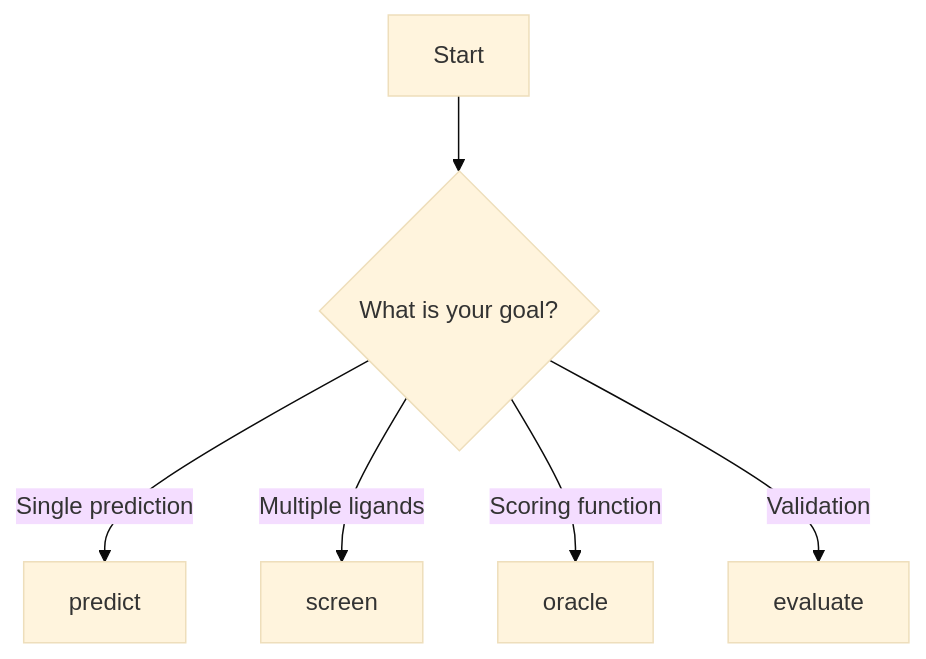
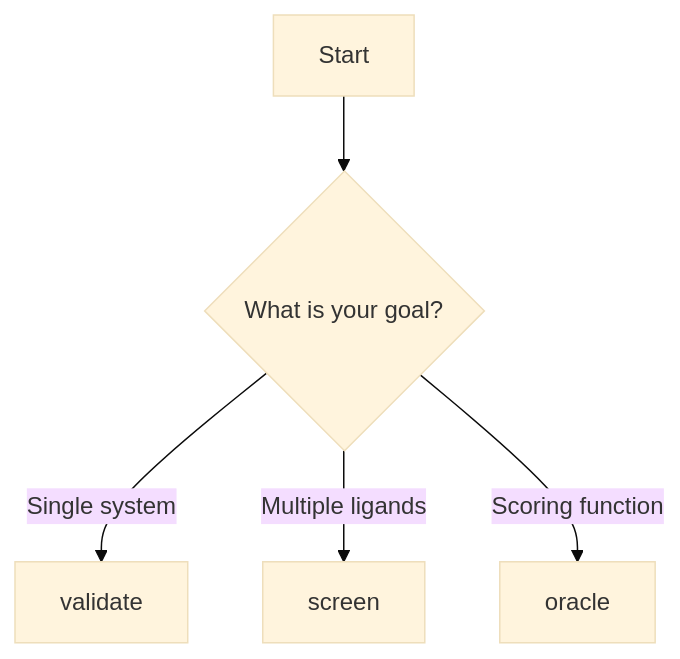
Before and after one commit to CDDLeiden/COFOLDER: the diagram in docs/user-guide/overview.md, drawn with Mermaid (base theme). The commit also changed other lines of this file and 24 other files, not shown here.

Commit message:
Refactor recipes: rename predict to validate and remove evaluate

````diff
--- a/docs/user-guide/overview.md
+++ b/docs/user-guide/overview.md
@@ -55,8 +44,7 @@
 ```mermaid
 graph TD
     A[Start] --> B{What is your goal?}
-    B -->|Single prediction| C[predict]
+    B -->|Single system| C[validate]
     B -->|Multiple ligands| D[screen]
     B -->|Scoring function| E[oracle]
-    B -->|Validation| F[evaluate]
 ```
````
